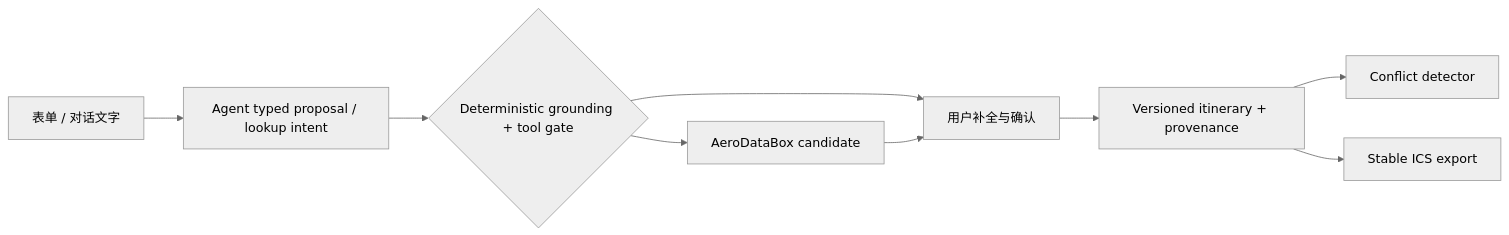
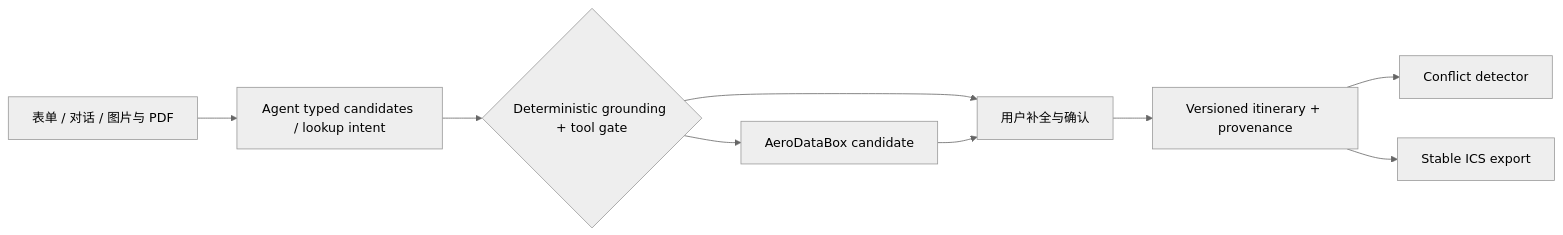
One commit to mingyoud2003-bot/cross-border-travel-agent changed the first of 2 diagrams in README.md. Above: the diagram before and after it, drawn with Mermaid (neutral theme). The commit also changed other lines of this file and 19 other files, not shown here.

````diff
--- a/README.md
+++ b/README.md
@@ -19,11 +23,11 @@
 ```mermaid
 flowchart LR
-    I[表单 / 对话文字] --> P[Agent typed proposal / lookup intent]
+    I[表单 / 对话 / 图片与 PDF] --> P[Agent typed candidates / lookup intent]
     P --> G{Deterministic grounding + tool gate}
     G --> A[AeroDataBox candidate]
     G --> C[用户补全与确认]
     A --> C
     C --> S[Versioned itinerary + provenance]
     S --> D[Conflict detector]
     S --> E[Stable ICS export]
 ```
````
